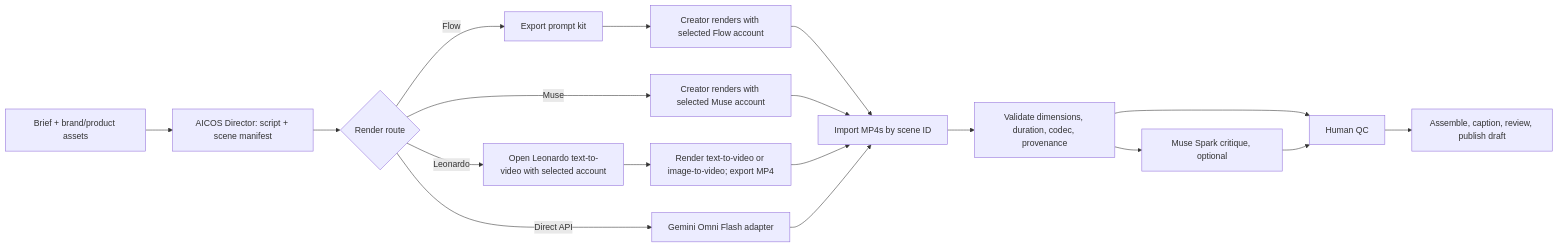
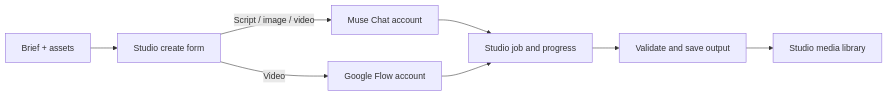
Before and after one commit to ninhlee99/ai-creator-os: the diagram in docs/VIDEO_PRODUCTION_INTEGRATIONS.md, drawn with Mermaid. The commit also changed other lines of this file and 76 other files, not shown here.

First line of the commit message:
feat(studio): nối Muse, Flow và OAuth kênh

````diff
--- a/docs/VIDEO_PRODUCTION_INTEGRATIONS.md
+++ b/docs/VIDEO_PRODUCTION_INTEGRATIONS.md
@@ -31,20 +5,10 @@
 ```mermaid
 flowchart LR
-    B[Brief + brand/product assets] --> A[AICOS Director: script + scene manifest]
-    A --> R{Render route}
-    R -->|Flow| F[Export prompt kit]
-    F --> FH[Creator renders with selected Flow account]
-    FH --> I[Import MP4s by scene ID]
-    R -->|Muse| MU[Creator renders with selected Muse account]
-    MU --> I
-    R -->|Leonardo| L[Open Leonardo text-to-video with selected account]
-    L --> LH[Render text-to-video or image-to-video; export MP4]
-    LH --> I
-    R -->|Direct API| G[Gemini Omni Flash adapter]
-    G --> I
-    I --> V[Validate dimensions, duration, codec, provenance]
-    V --> MS[Muse Spark critique, optional]
-    V --> Q[Human QC]
-    MS --> Q
-    Q --> C[Assemble, caption, review, publish draft]
+    B[Brief + assets] --> S[Studio create form]
+    S -->|Script / image / video| M[Muse Chat account]
+    S -->|Video| F[Google Flow account]
+    M --> J[Studio job and progress]
+    F --> J
+    J --> D[Validate and save output]
+    D --> L[Studio media library]
 ```
````
